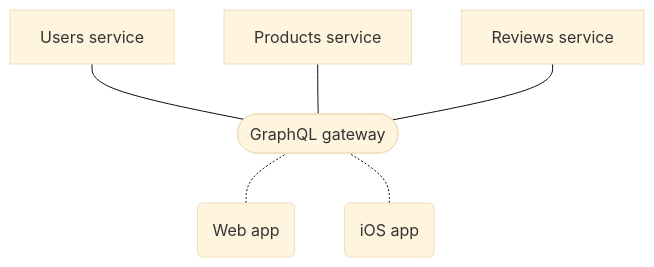
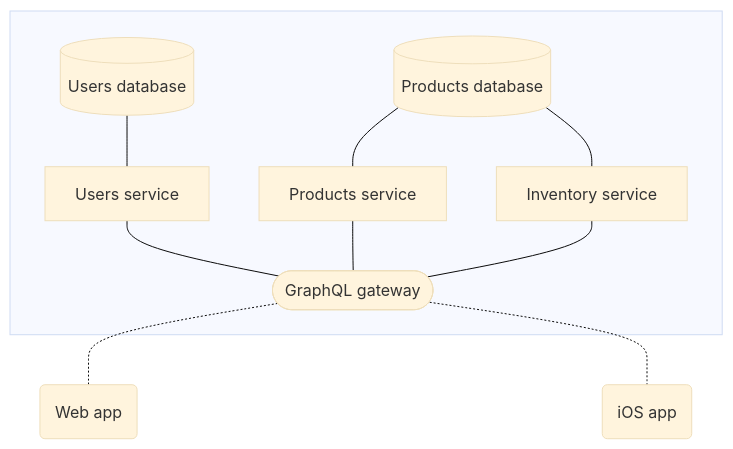
The second of 2 diagrams in docs/source/intro/platform.md (apollographql/apollo), drawn with Mermaid (base theme) before and after one commit. The commit also changed other lines of this file, not shown here.

````diff
--- a/docs/source/intro/platform.md
+++ b/docs/source/intro/platform.md
@@ -92,12 +106,18 @@
 ```mermaid
-graph BT;
-  webapp(Web app);
-  iosapp(iOS app);
+graph TB;
+  subgraph " "
+  userdb[(Users database)];
+  productdb[(Products database)];
   gateway([GraphQL gateway]);
   serviceA[Users service];
   serviceB[Products service];
-  serviceC[Reviews service];
-  webapp & iosapp -.- gateway;
-  gateway --- serviceA & serviceB & serviceC;
-  class webapp,iosapp tertiary;
+  serviceC[Inventory service];
+  end
+  webapp(Web app);
+  iosapp(iOS app);
+  userdb --- serviceA;
+  productdb --- serviceB & serviceC;
+  gateway -.- webapp & iosapp;
+  serviceA & serviceB & serviceC --- gateway;
+  class webapp,iosapp secondary;
 ```
````
